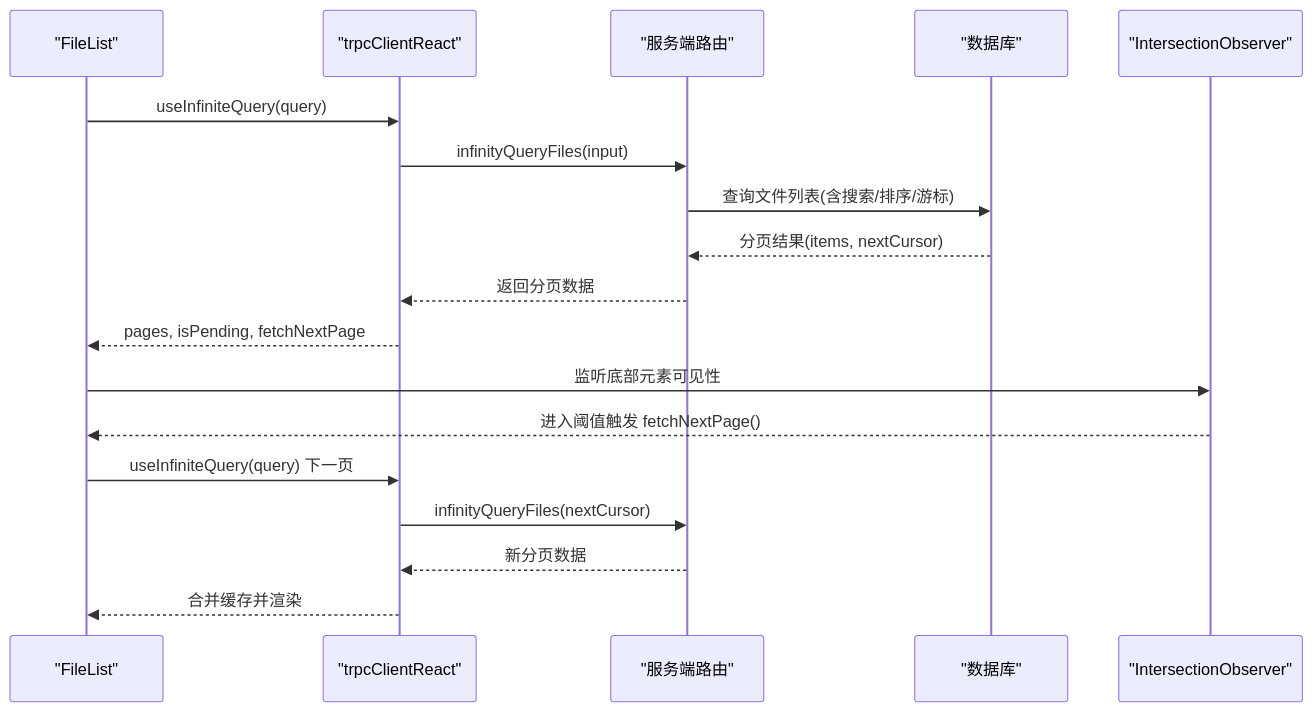
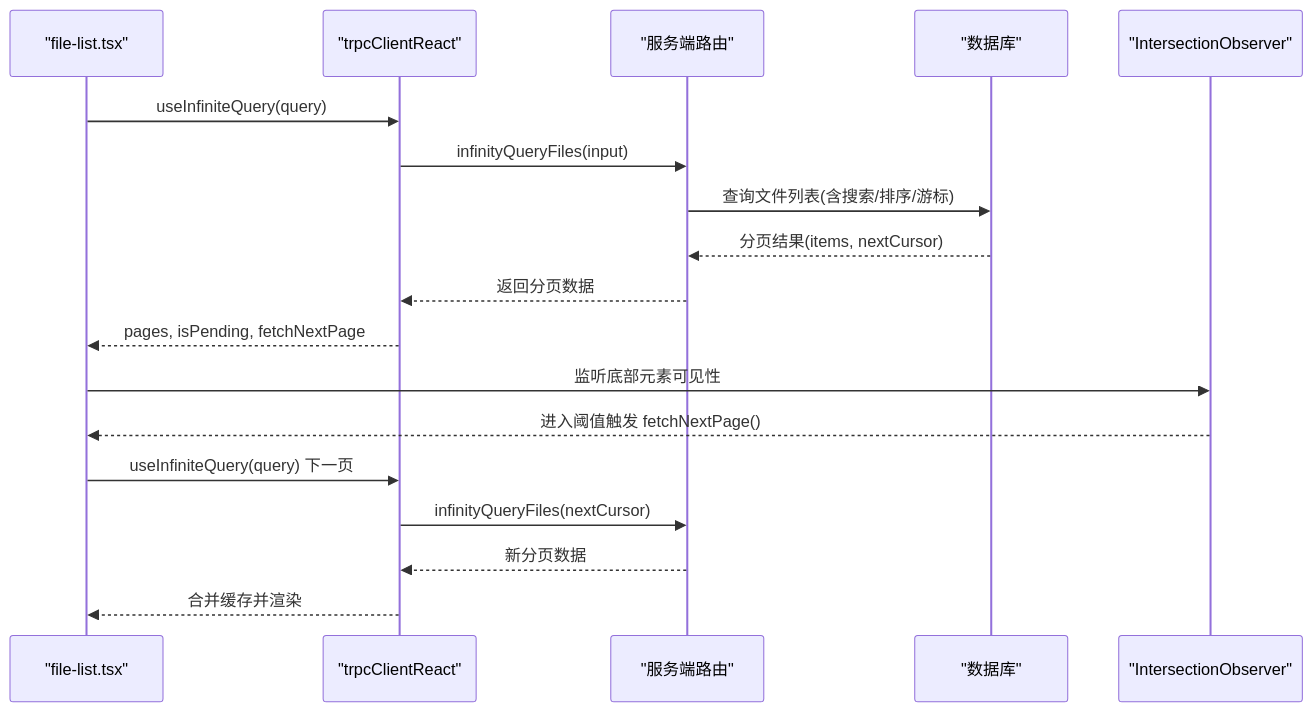
Before and after one commit to RadiumAg/image-saas: the second of 8 diagrams in .qoder/repowiki/zh/content/前端组件架构/功能组件/数据展示组件.md, drawn with Mermaid. The commit also changed other lines of this file and 60 other files, not shown here.

````diff
--- a/.qoder/repowiki/zh/content/前端组件架构/功能组件/数据展示组件.md
+++ b/.qoder/repowiki/zh/content/前端组件架构/功能组件/数据展示组件.md
@@ -134,20 +129,20 @@
 ```mermaid
 sequenceDiagram
-participant UI as "FileList"
+participant UI as "file-list.tsx"
 participant TRPC as "trpcClientReact"
 participant API as "服务端路由"
 participant DB as "数据库"
 participant OBS as "IntersectionObserver"
 UI->>TRPC : useInfiniteQuery(query)
 TRPC->>API : infinityQueryFiles(input)
 API->>DB : 查询文件列表(含搜索/排序/游标)
 DB-->>API : 分页结果(items, nextCursor)
 API-->>TRPC : 返回分页数据
 TRPC-->>UI : pages, isPending, fetchNextPage
 UI->>OBS : 监听底部元素可见性
 OBS-->>UI : 进入阈值触发 fetchNextPage()
 UI->>TRPC : useInfiniteQuery(query) 下一页
 TRPC->>API : infinityQueryFiles(nextCursor)
 API-->>TRPC : 新分页数据
 TRPC-->>UI : 合并缓存并渲染
 ```
````
